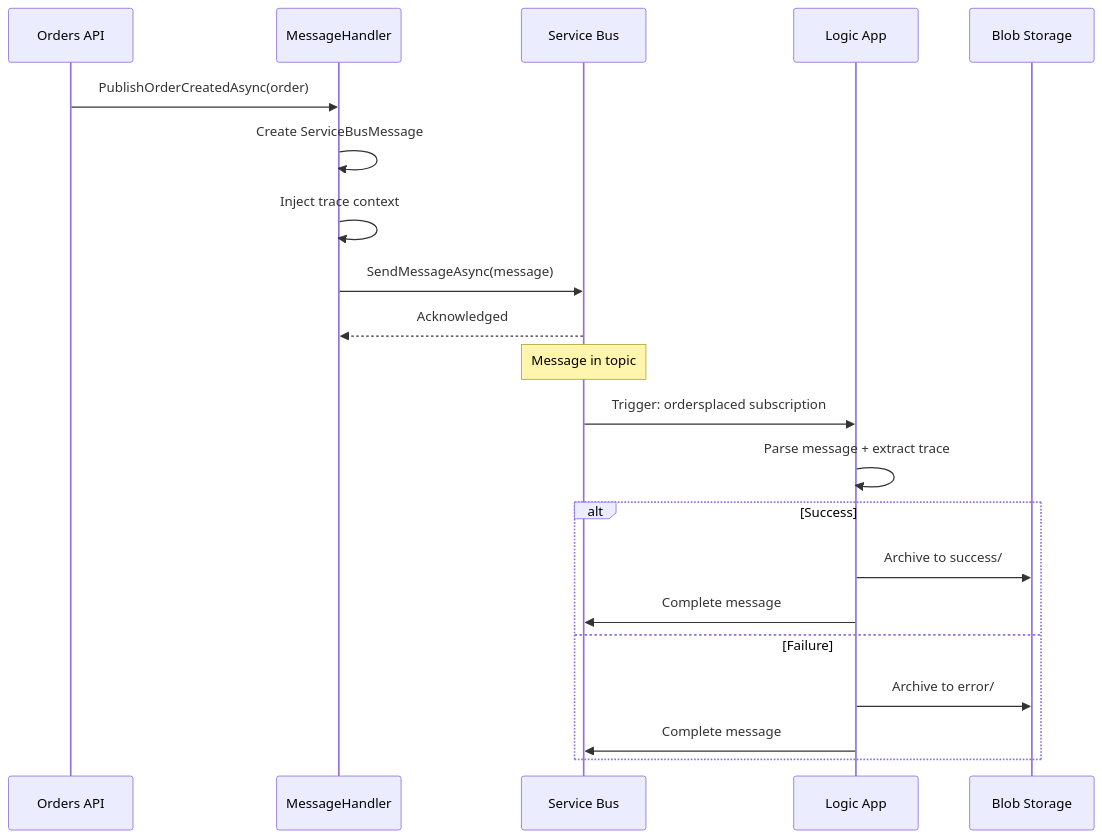
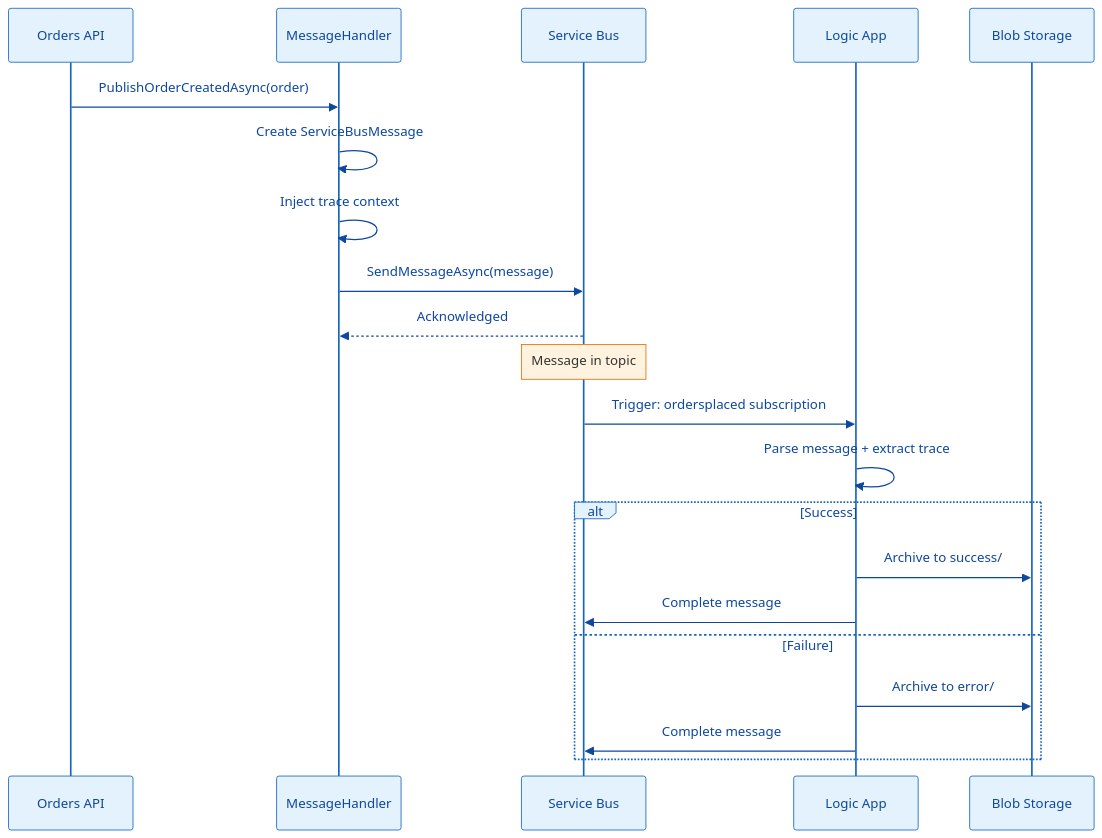
The third of 3 diagrams in docs/architecture/adr/ADR-002-service-bus-messaging.md (Evilazaro/Azure-LogicApps-Monitoring), drawn with Mermaid before and after one commit. The commit also changed 1 other file, not shown here.

Commit message:
Enhance documentation: add Mermaid diagram themes for improved visualization in service bus messaging and observability strategy

````diff
--- a/docs/architecture/adr/ADR-002-service-bus-messaging.md
+++ b/docs/architecture/adr/ADR-002-service-bus-messaging.md
@@ -242,27 +242,28 @@
 ```mermaid
+%%{init: {'theme': 'base', 'themeVariables': { 'primaryColor': '#e3f2fd', 'primaryTextColor': '#0d47a1', 'primaryBorderColor': '#1565c0', 'lineColor': '#1976d2', 'secondaryColor': '#e8f5e9', 'tertiaryColor': '#fff3e0', 'actorBkg': '#e3f2fd', 'actorBorder': '#1565c0', 'actorTextColor': '#0d47a1', 'noteBkgColor': '#fff3e0', 'noteBorderColor': '#ef6c00'}}}%%
 sequenceDiagram
     participant API as Orders API
     participant Handler as MessageHandler
     participant SB as Service Bus
     participant LA as Logic App
     participant Storage as Blob Storage
 
     API->>Handler: PublishOrderCreatedAsync(order)
     Handler->>Handler: Create ServiceBusMessage
     Handler->>Handler: Inject trace context
     Handler->>SB: SendMessageAsync(message)
     SB-->>Handler: Acknowledged
 
     Note over SB: Message in topic
 
     SB->>LA: Trigger: ordersplaced subscription
     LA->>LA: Parse message + extract trace
 
     alt Success
         LA->>Storage: Archive to success/
         LA->>SB: Complete message
     else Failure
         LA->>Storage: Archive to error/
         LA->>SB: Complete message
     end
 ```
````
